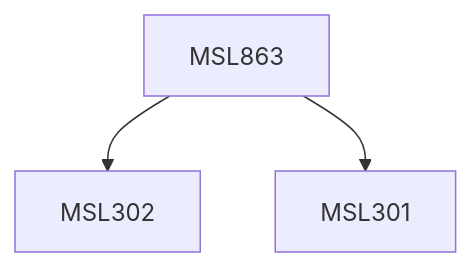
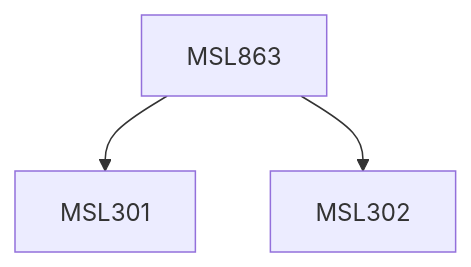
Before and after one commit to KeshavBansal0122/CoS_Website: the diagram in content/Management Studies/MSL863.md, drawn with Mermaid. The commit also changed other lines of this file and 2662 other files, not shown here.

````diff
--- a/content/Management Studies/MSL863.md
+++ b/content/Management Studies/MSL863.md
@@ -19,9 +19,9 @@
 ```mermaid
 flowchart TD
 MSL863-571[MSL863]
+MSL863-571 --> MSL301-571[MSL301]
 MSL863-571 --> MSL302-571[MSL302]
-MSL863-571 --> MSL301-571[MSL301]
 
 classDef empty height:17px, fill:transparent, stroke:transparent;
 classDef trueEmpty height:0px, width:0px;
 ```
````
